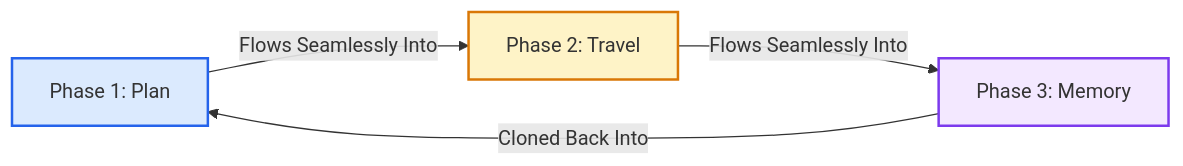
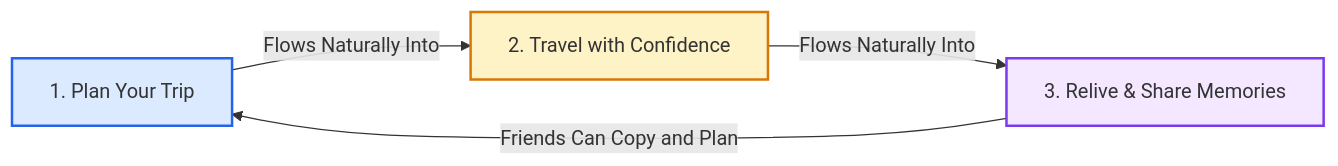
Before and after one commit to sharonxinn/Plan_Trip: the seventh of 15 diagrams in README.md, drawn with Mermaid. The commit also changed other lines of this file and 21 other files, not shown here.

````diff
--- a/README.md
+++ b/README.md
@@ -388,9 +387,9 @@
 ```mermaid
 graph LR
-    P[Phase 1: Plan] -->|Flows Seamlessly Into| T[Phase 2: Travel]
-    T -->|Flows Seamlessly Into| M[Phase 3: Memory]
-    M -->|Cloned Back Into| P
+    P[1. Plan Your Trip] -->|Flows Naturally Into| T[2. Travel with Confidence]
+    T -->|Flows Naturally Into| M[3. Relive & Share Memories]
+    M -->|Friends Can Copy and Plan| P
     style P fill:#dbeafe,stroke:#2563eb,stroke-width:2px
     style T fill:#fef3c7,stroke:#d97706,stroke-width:2px
     style M fill:#f3e8ff,stroke:#7c3aed,stroke-width:2px
 ```
````
